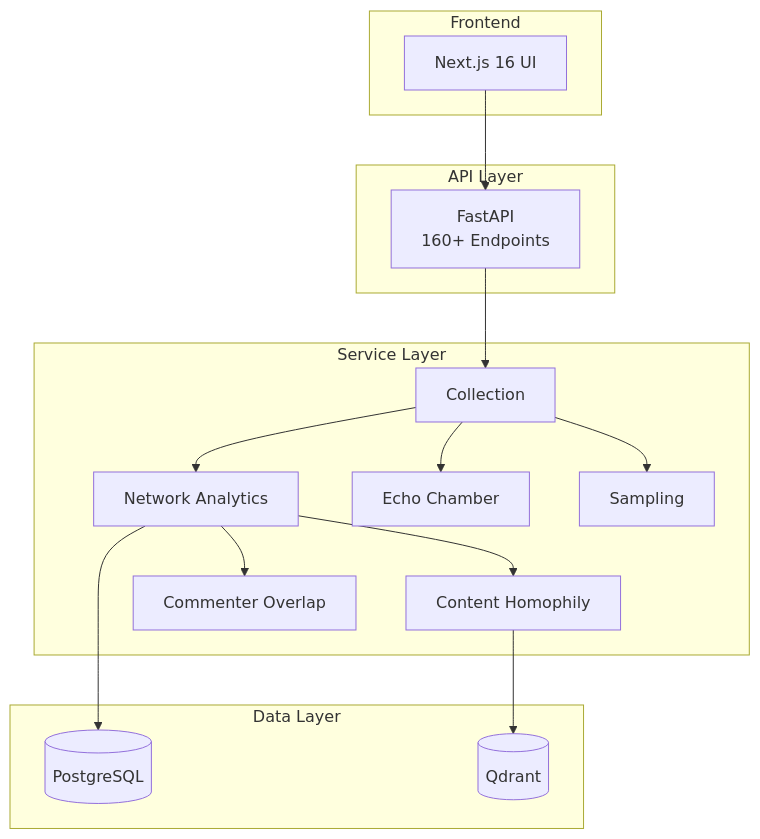
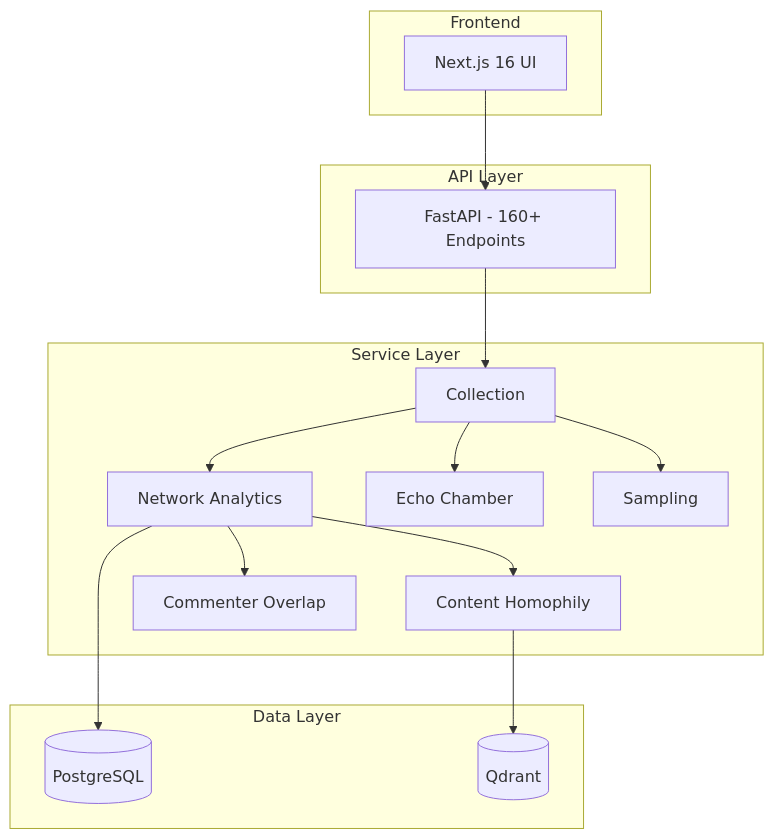
Before and after one commit to Ahmed-yasser86/The_CSocial_Science_Lab: the sixth of 7 diagrams in README.md, drawn with Mermaid. The commit also changed other lines of this file, not shown here.

First line of the commit message:
fix: remove <br/> tags from Mermaid diagrams in README

````diff
--- a/README.md
+++ b/README.md
@@ -1440,23 +1438,23 @@
 ```mermaid
 graph TB
     subgraph "Frontend"
         UI[Next.js 16 UI]
     end
     subgraph "API Layer"
-        FA[FastAPI<br/>160+ Endpoints]
+        FA[FastAPI - 160+ Endpoints]
     end
     subgraph "Service Layer"
         CS[Collection] --> NS[Network Analytics]
         CS --> ES[Echo Chamber]
         CS --> SS[Sampling]
         NS --> CHS[Content Homophily]
         NS --> COS[Commenter Overlap]
     end
     subgraph "Data Layer"
         PG[(PostgreSQL)]
         QD[(Qdrant)]
     end
     UI --> FA --> CS
     NS --> PG
     CHS --> QD
 ```
````
